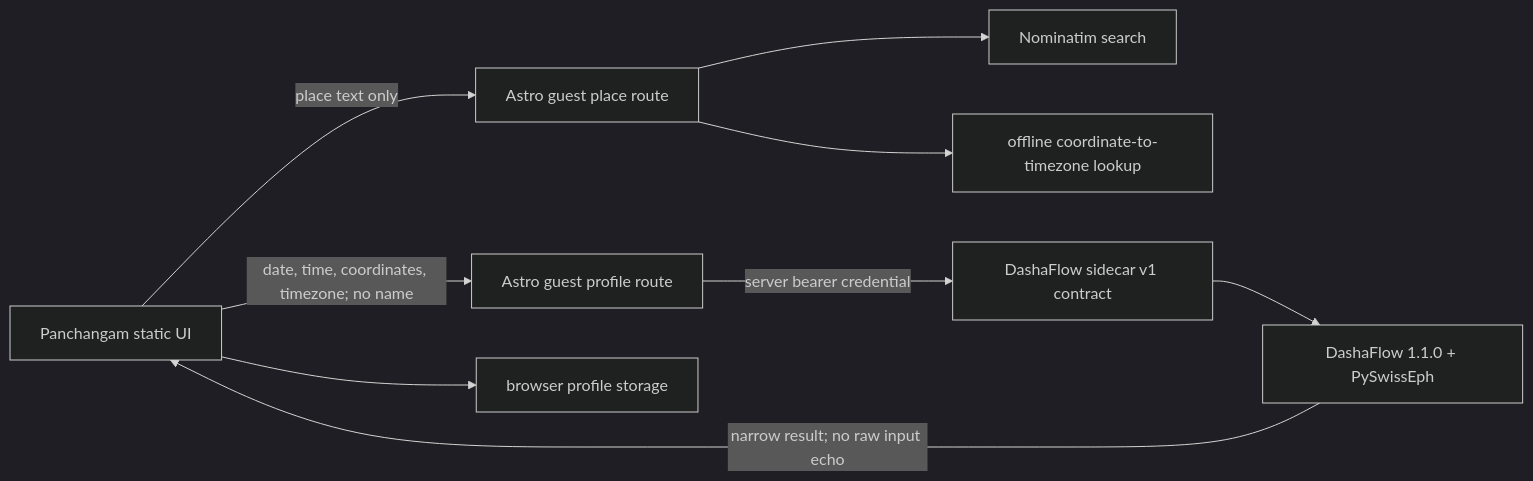
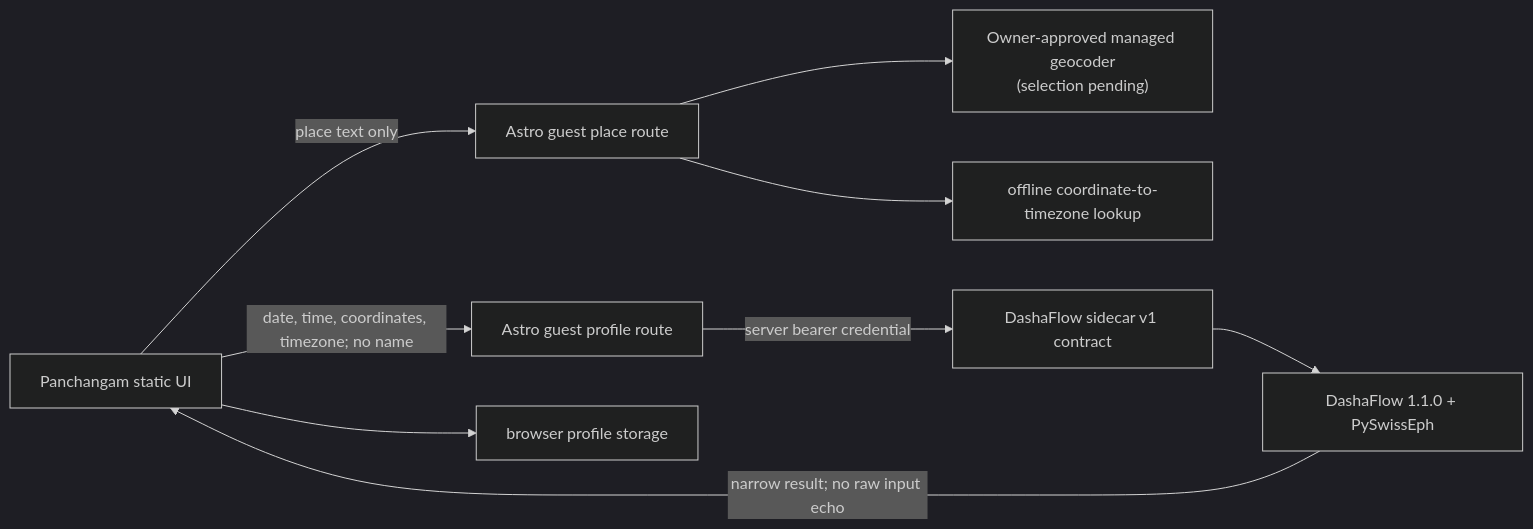
Before and after one commit to socraticsurge/telugu-calendar-utilities: the diagram in docs/reference/53-birth-profile-calculation.md, drawn with Mermaid (dark theme). The commit also changed other lines of this file and 4 other files, not shown here.

````diff
--- a/docs/reference/53-birth-profile-calculation.md
+++ b/docs/reference/53-birth-profile-calculation.md
@@ -53,11 +57,11 @@
 ```mermaid
 flowchart LR
   UI["Panchangam static UI"] -->|"place text only"| PLACE["Astro guest place route"]
-  PLACE --> GEO["Nominatim search"]
+  PLACE --> GEO["Owner-approved managed geocoder<br/>(selection pending)"]
   PLACE --> TZ["offline coordinate-to-timezone lookup"]
   UI -->|"date, time, coordinates, timezone; no name"| GATEWAY["Astro guest profile route"]
   GATEWAY -->|"server bearer credential"| SIDE["DashaFlow sidecar v1 contract"]
   SIDE --> CALC["DashaFlow 1.1.0 + PySwissEph"]
   CALC -->|"narrow result; no raw input echo"| UI
   UI --> STORE["browser profile storage"]
 ```
````
